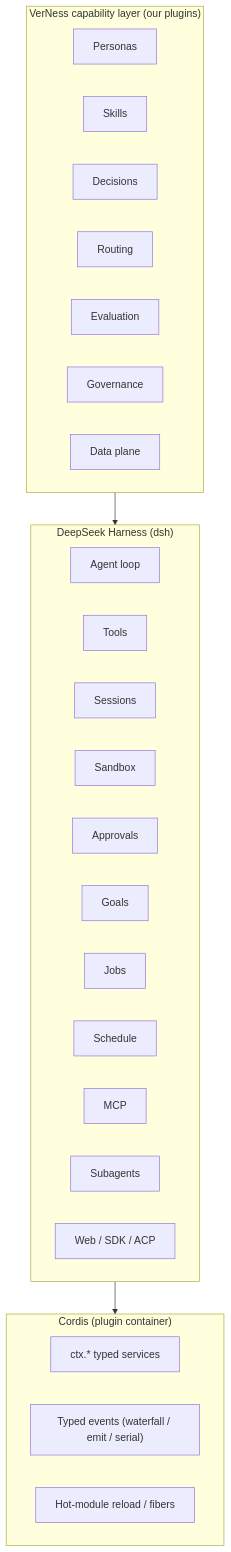
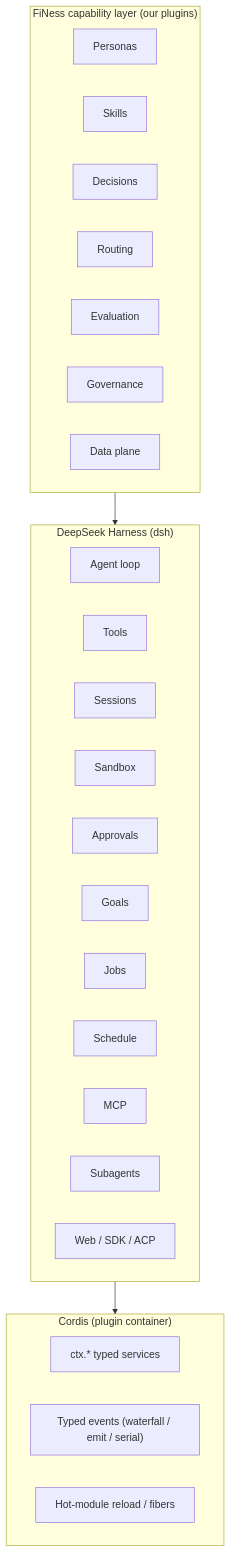
One commit to MoonHawlk/VerNess changed the first of 4 diagrams in README.md. Above: the diagram before and after it, drawn with Mermaid. The commit also changed other lines of this file and 127 other files, not shown here.

First line of the commit message:
chore: rename VerNess to FiNess across the project

````diff
--- a/README.md
+++ b/README.md
@@ -312,34 +312,34 @@
 ```mermaid
 graph TD
-    subgraph VerNess["VerNess capability layer (our plugins)"]
+    subgraph FiNess["FiNess capability layer (our plugins)"]
         P[Personas]
         SK[Skills]
         D[Decisions]
         R[Routing]
         E[Evaluation]
         G[Governance]
         DP[Data plane]
     end
 
     subgraph DSH["DeepSeek Harness (dsh)"]
         AL[Agent loop]
         T[Tools]
         S[Sessions]
         SB[Sandbox]
         AP[Approvals]
         GL[Goals]
         J[Jobs]
         SC[Schedule]
         MCP[MCP]
         SA[Subagents]
         WEB[Web / SDK / ACP]
     end
 
     subgraph Cordis["Cordis (plugin container)"]
         CTX["ctx.* typed services"]
         EV["Typed events (waterfall / emit / serial)"]
         HMR["Hot-module reload / fibers"]
     end
 
-    VerNess --> DSH --> Cordis
+    FiNess --> DSH --> Cordis
 ```
````
